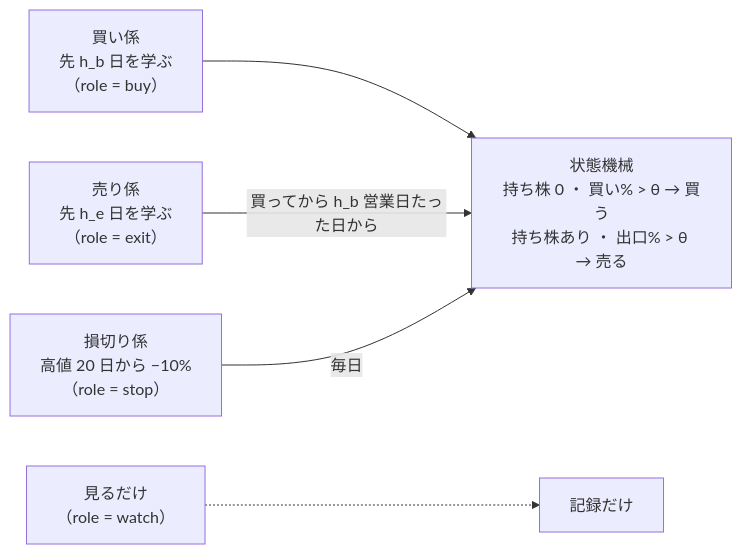
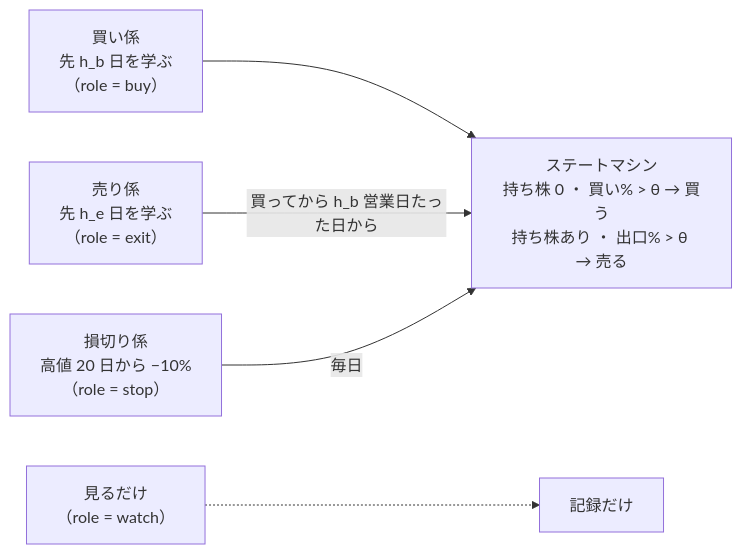
The first of 6 diagrams in docs/plans/trader-model-roles.md (akiraak/ai-income-lab), drawn with Mermaid before and after one commit. The commit also changed other lines of this file and 45 other files, not shown here.

````diff
--- a/docs/plans/trader-model-roles.md
+++ b/docs/plans/trader-model-roles.md
@@ -28,7 +28,7 @@
 ```mermaid
 flowchart LR
-  B["買い係<br/>先 h_b 日を学ぶ<br/>（role = buy）"] --> SM["状態機械<br/>持ち株 0 ・ 買い% > θ → 買う<br/>持ち株あり ・ 出口% > θ → 売る"]
+  B["買い係<br/>先 h_b 日を学ぶ<br/>（role = buy）"] --> SM["ステートマシン<br/>持ち株 0 ・ 買い% > θ → 買う<br/>持ち株あり ・ 出口% > θ → 売る"]
   E["売り係<br/>先 h_e 日を学ぶ<br/>（role = exit）"] -->|"買ってから h_b 営業日たった日から"| SM
   S["損切り係<br/>高値 20 日から −10%<br/>（role = stop）"] -->|"毎日"| SM
   W["見るだけ<br/>（role = watch）"] -.-> REC["記録だけ"]
 ```
````
